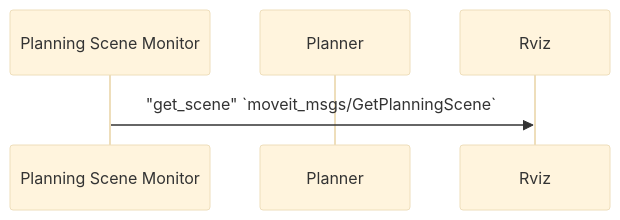
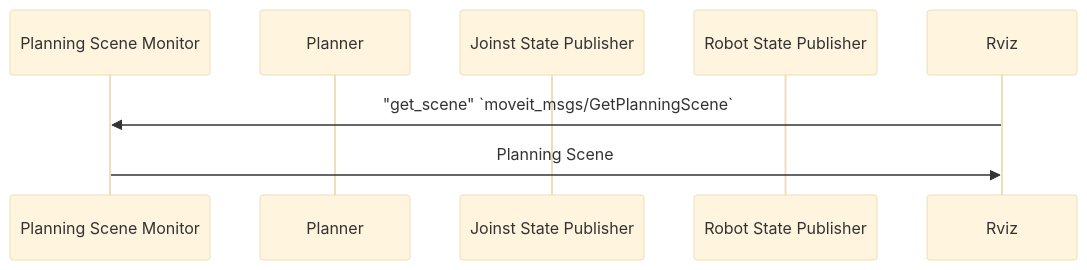
The diagram in 03_planning_contex_and_planner_manger/src/a_load_manager_create_context/readme.md (rafaelrojasmiliani/moveit_tutorial), drawn with Mermaid (base theme) before and after one commit. The commit also changed other lines of this file, not shown here.

````diff
--- a/03_planning_contex_and_planner_manger/src/a_load_manager_create_context/readme.md
+++ b/03_planning_contex_and_planner_manger/src/a_load_manager_create_context/readme.md
@@ -11,7 +15,10 @@
 ```mermaid
     sequenceDiagram
     participant Planning Scene Monitor
     participant Planner
+    participant Joinst State Publisher
+    participant Robot State Publisher
     participant Rviz
-    Planning Scene Monitor->>Rviz: "get_scene" `moveit_msgs/GetPlanningScene` 
+    Rviz->>Planning Scene Monitor: "get_scene" `moveit_msgs/GetPlanningScene` 
+    Planning Scene Monitor->>Rviz: Planning Scene 
 ```
````
